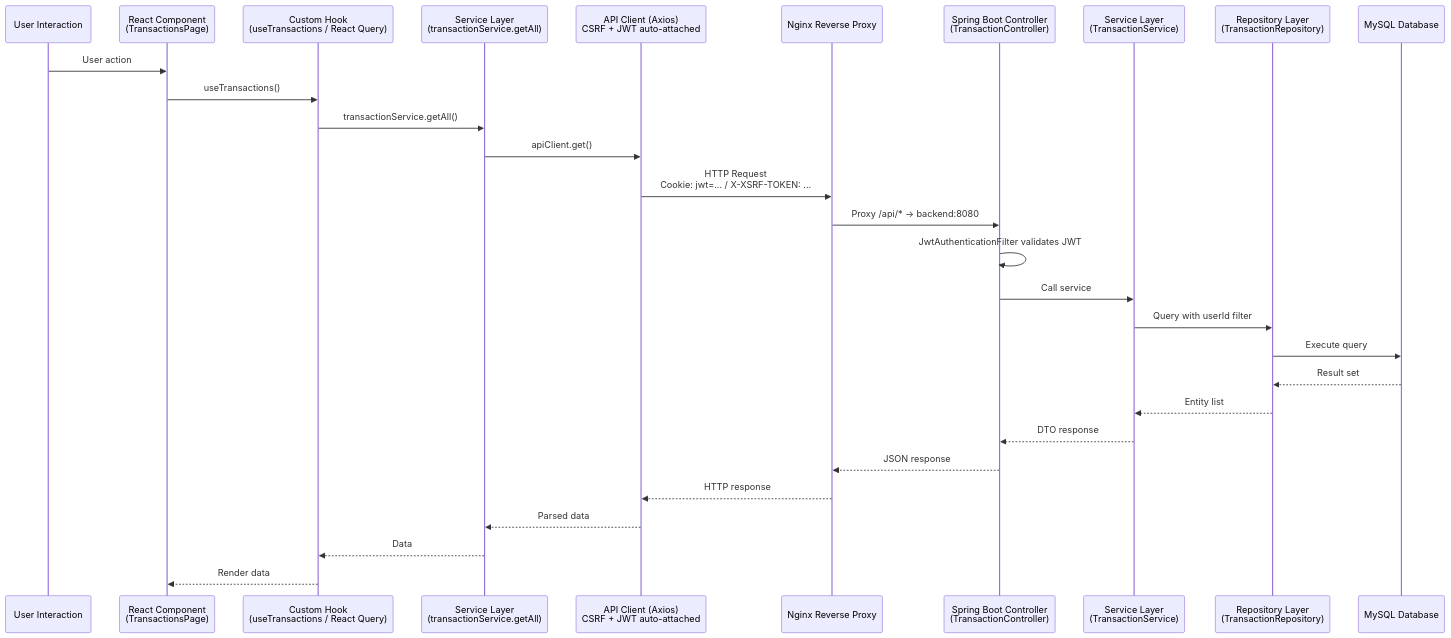
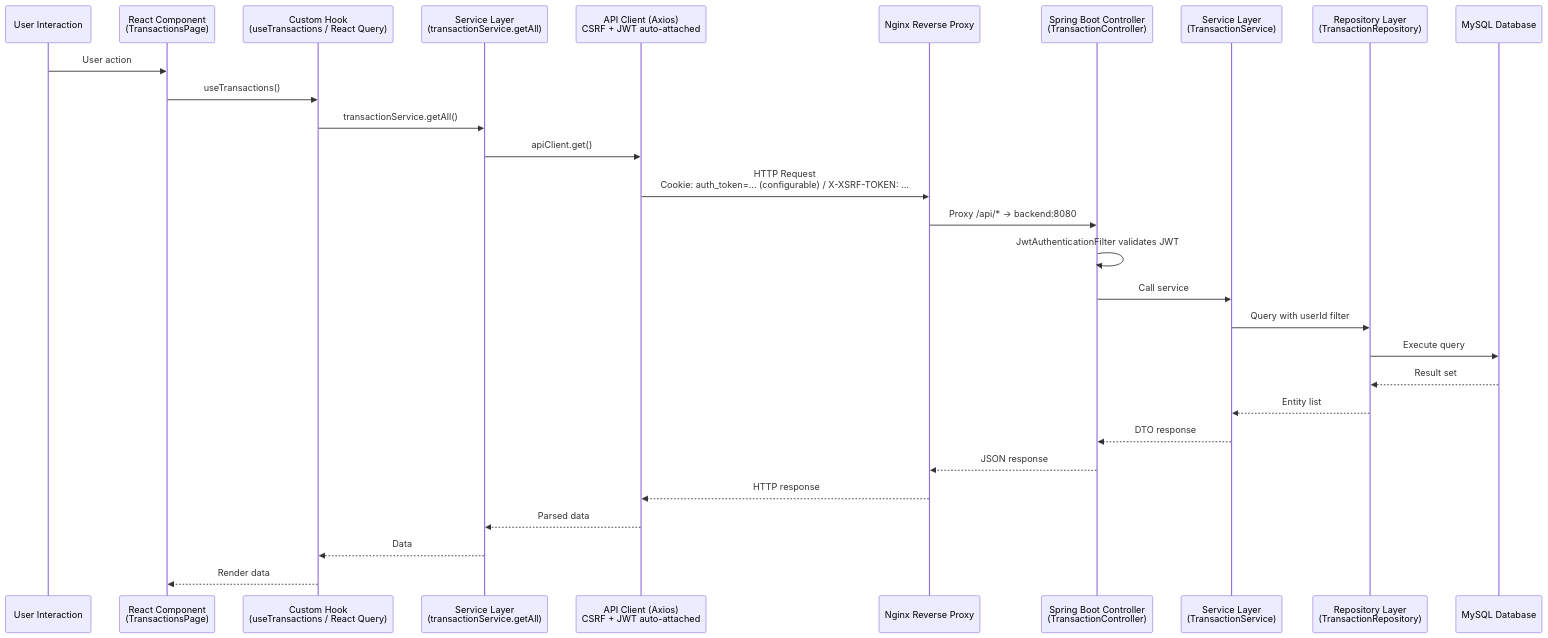
The fourth of 6 diagrams in docs/architecture/ARCHITECTURE.md (kattelsameer/finance-tracker), drawn with Mermaid before and after one commit.

Commit message:
Potential fix for pull request finding for jwt token in the diagram

````diff
--- a/docs/architecture/ARCHITECTURE.md
+++ b/docs/architecture/ARCHITECTURE.md
@@ -559,32 +559,32 @@
 ```mermaid
 sequenceDiagram
     participant User as User Interaction
     participant Comp as React Component<br/>(TransactionsPage)
     participant Hook as Custom Hook<br/>(useTransactions / React Query)
     participant Svc as Service Layer<br/>(transactionService.getAll)
     participant Axios as API Client (Axios)<br/>CSRF + JWT auto-attached
     participant Nginx as Nginx Reverse Proxy
     participant Ctrl as Spring Boot Controller<br/>(TransactionController)
     participant BSvc as Service Layer<br/>(TransactionService)
     participant Repo as Repository Layer<br/>(TransactionRepository)
     participant DB as MySQL Database
 
     User->>Comp: User action
     Comp->>Hook: useTransactions()
     Hook->>Svc: transactionService.getAll()
     Svc->>Axios: apiClient.get()
-    Axios->>Nginx: HTTP Request<br/>Cookie: jwt=... / X-XSRF-TOKEN: ...
+    Axios->>Nginx: HTTP Request<br/>Cookie: auth_token=... (configurable) / X-XSRF-TOKEN: ...
     Nginx->>Ctrl: Proxy /api/* → backend:8080
     Ctrl->>Ctrl: JwtAuthenticationFilter validates JWT
     Ctrl->>BSvc: Call service
     BSvc->>Repo: Query with userId filter
     Repo->>DB: Execute query
     DB-->>Repo: Result set
     Repo-->>BSvc: Entity list
     BSvc-->>Ctrl: DTO response
     Ctrl-->>Nginx: JSON response
     Nginx-->>Axios: HTTP response
     Axios-->>Svc: Parsed data
     Svc-->>Hook: Data
     Hook-->>Comp: Render data
 ```
````
